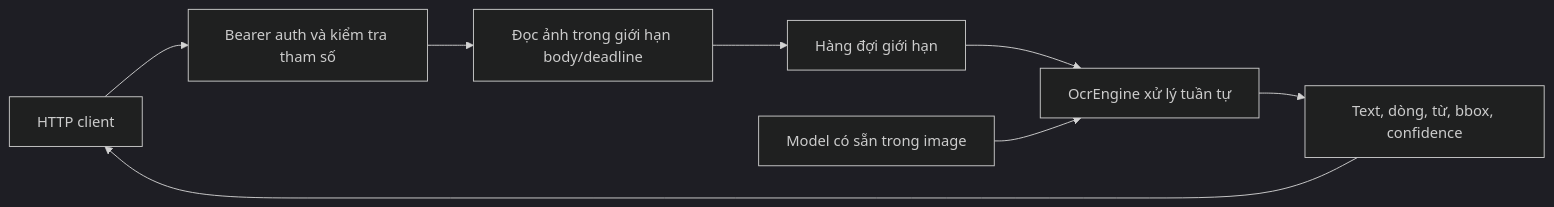
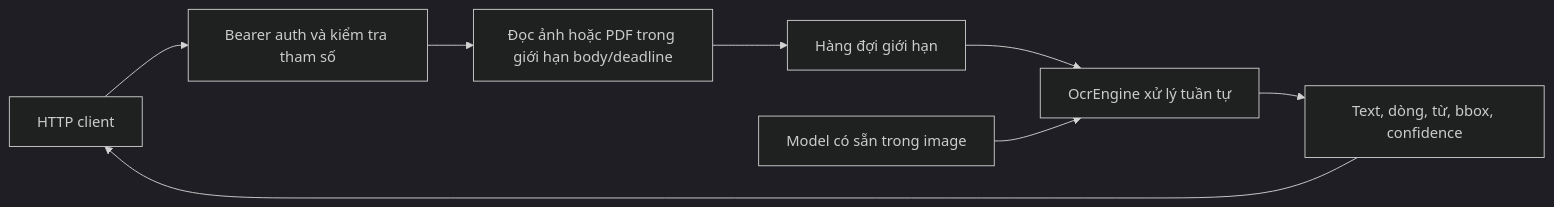
One commit to OrgGem/one-ocr-next changed the diagram in docs/SERVICE.md. Above: the diagram before and after it, drawn with Mermaid (dark theme). The commit also changed other lines of this file and 36 other files, not shown here.

````diff
--- a/docs/SERVICE.md
+++ b/docs/SERVICE.md
@@ -7,10 +8,10 @@
 ```mermaid
 flowchart LR
   C[HTTP client] --> A[Bearer auth và kiểm tra tham số]
-  A --> B[Đọc ảnh trong giới hạn body/deadline]
+  A --> B[Đọc ảnh hoặc PDF trong giới hạn body/deadline]
   B --> Q[Hàng đợi giới hạn]
   Q --> E[OcrEngine xử lý tuần tự]
   M[Model có sẵn trong image] --> E
   E --> R[Text, dòng, từ, bbox, confidence]
   R --> C
 ```
````
